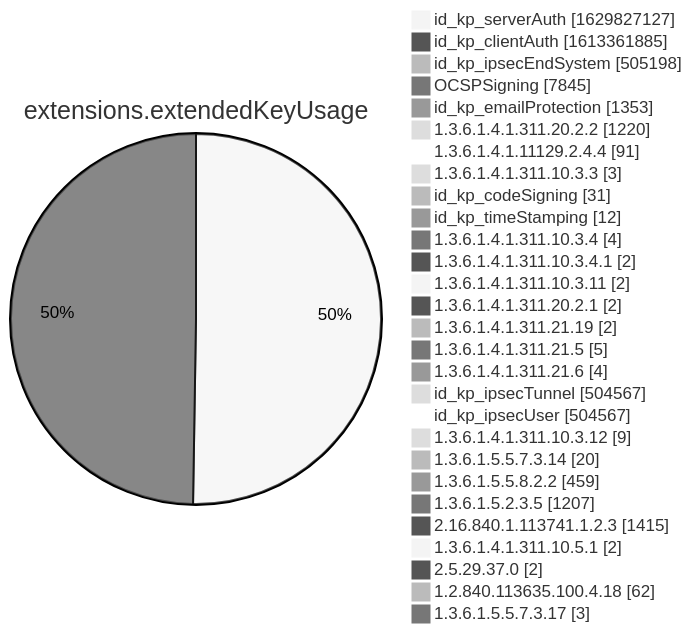
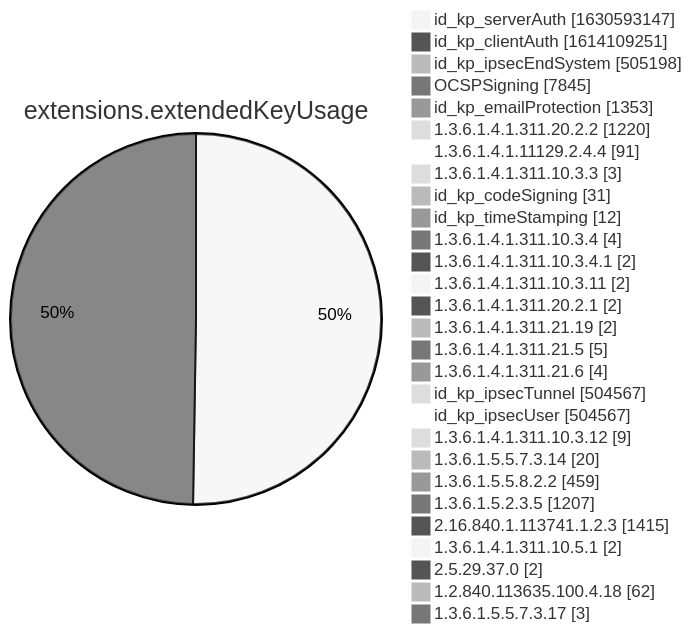
Before and after one commit to christiankrug/ctmonitor_visualization: diagram 12 of 15 in xenon2022/README.md, drawn with Mermaid (neutral theme). The commit also changed other lines of this file, not shown here.

````diff
--- a/xenon2022/README.md
+++ b/xenon2022/README.md
@@ -3886,32 +3886,32 @@
 ```mermaid
 pie showData
 title extensions.extendedKeyUsage
-"id_kp_serverAuth" :1629827127
-"id_kp_clientAuth" :1613361885
+"id_kp_serverAuth" :1630593147
+"id_kp_clientAuth" :1614109251
 "id_kp_ipsecEndSystem" :505198
 "OCSPSigning" :7845
 "id_kp_emailProtection" :1353
 "1.3.6.1.4.1.311.20.2.2" :1220
 "1.3.6.1.4.1.11129.2.4.4" :91
 "1.3.6.1.4.1.311.10.3.3" :3
 "id_kp_codeSigning" :31
 "id_kp_timeStamping" :12
 "1.3.6.1.4.1.311.10.3.4" :4
 "1.3.6.1.4.1.311.10.3.4.1" :2
 "1.3.6.1.4.1.311.10.3.11" :2
 "1.3.6.1.4.1.311.20.2.1" :2
 "1.3.6.1.4.1.311.21.19" :2
 "1.3.6.1.4.1.311.21.5" :5
 "1.3.6.1.4.1.311.21.6" :4
 "id_kp_ipsecTunnel" :504567
 "id_kp_ipsecUser" :504567
 "1.3.6.1.4.1.311.10.3.12" :9
 "1.3.6.1.5.5.7.3.14" :20
 "1.3.6.1.5.5.8.2.2" :459
 "1.3.6.1.5.2.3.5" :1207
 "2.16.840.1.113741.1.2.3" :1415
 "1.3.6.1.4.1.311.10.5.1" :2
 "2.5.29.37.0" :2
 "1.2.840.113635.100.4.18" :62
 "1.3.6.1.5.5.7.3.17" :3
 ```
````
